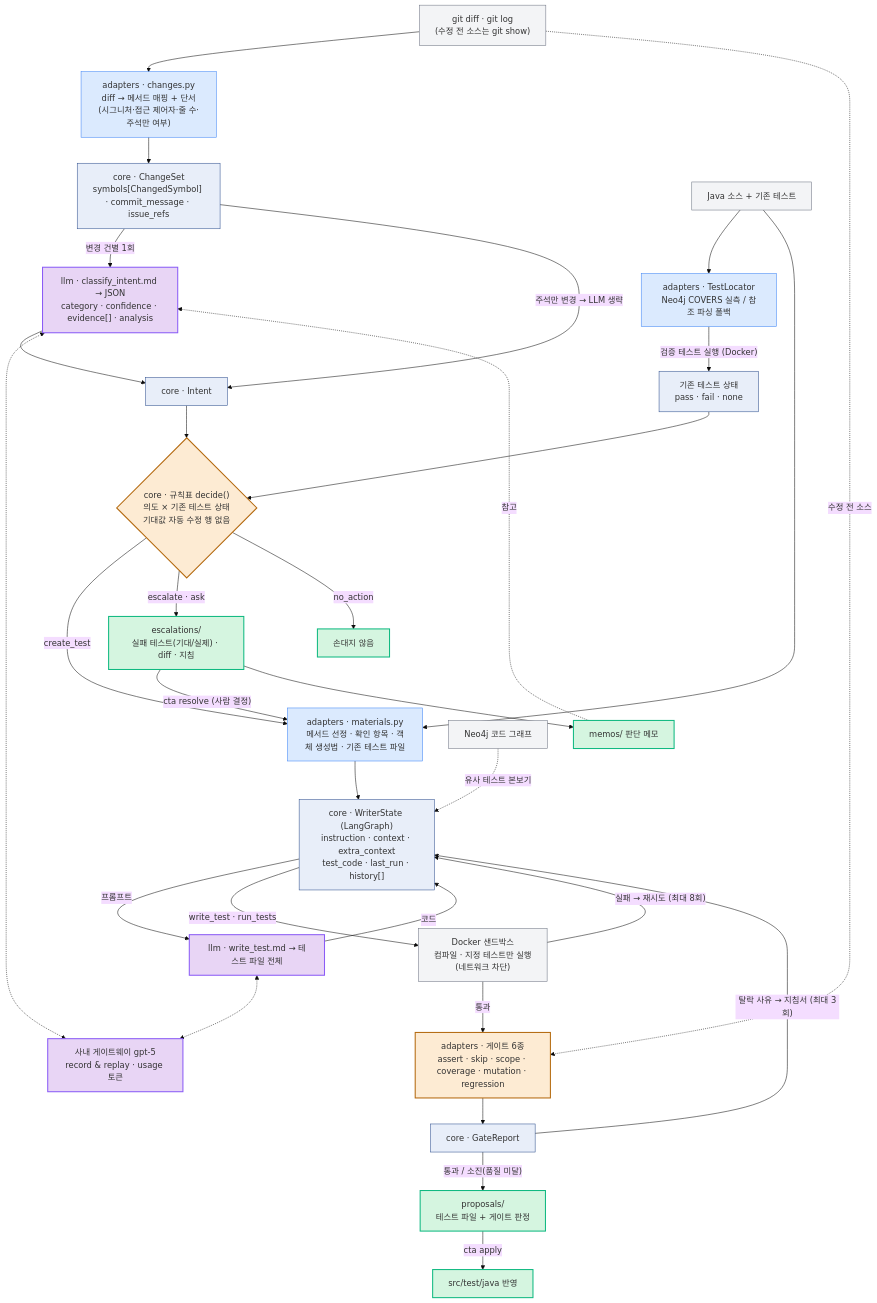
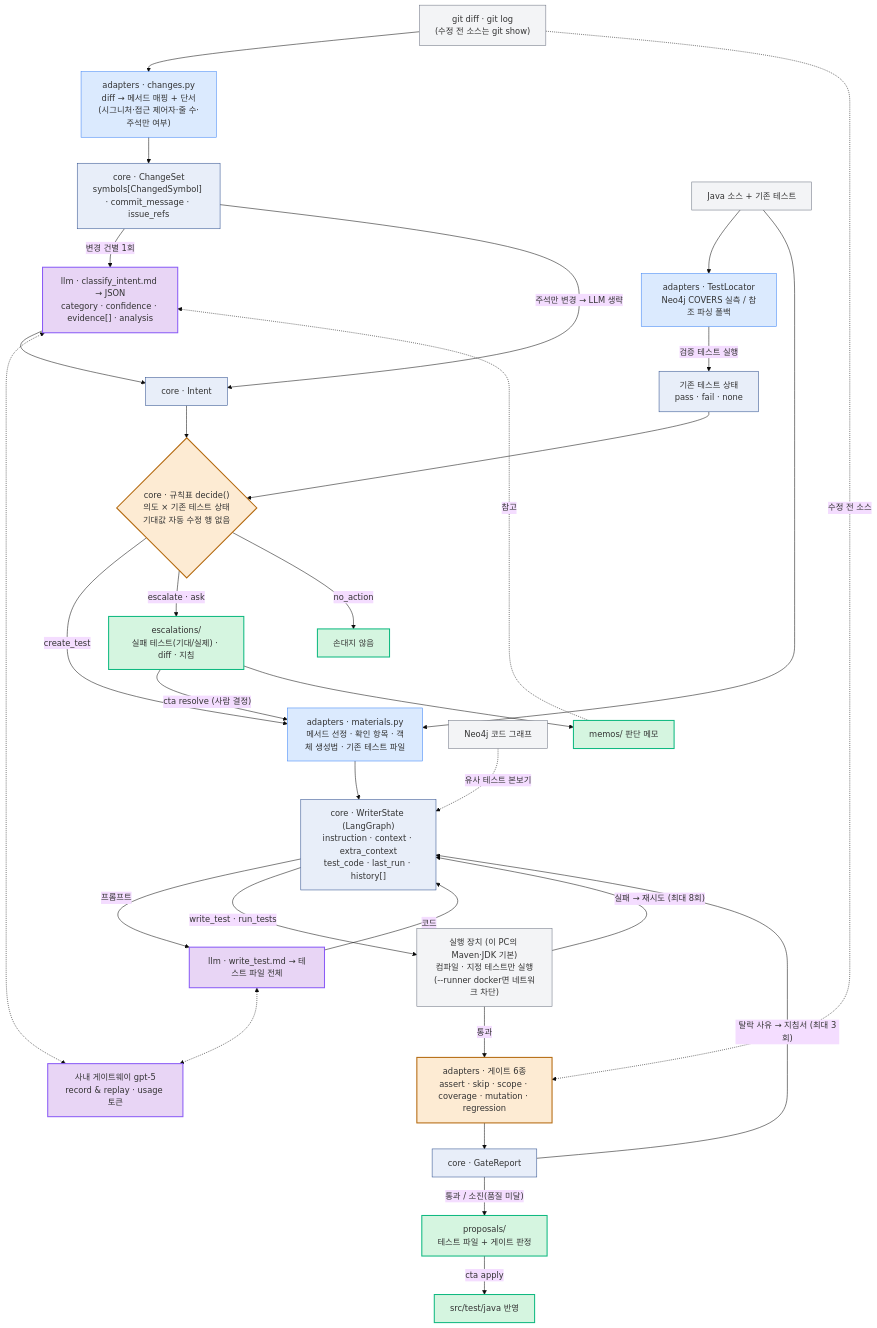
Before and after one commit to parksanghyeop/skax-master-project: the diagram in docs/제출자료/diagrams/workflow-data.mmd, drawn with Mermaid (base theme). The commit also changed 21 other files, not shown here.

First line of the commit message:
산출물·E2E 기록 — 로컬 실행 기본 반영, 최종보고에 스킬 절 추가, 다이어그램 7종 재렌더

```diff
--- a/docs/제출자료/diagrams/workflow-data.mmd
+++ b/docs/제출자료/diagrams/workflow-data.mmd
@@ -1,50 +1,50 @@
 flowchart TB
     GIT["git diff · git log<br/>(수정 전 소스는 git show)"] --> CH["adapters · changes.py<br/>diff → 메서드 매핑 + 단서<br/>(시그니처·접근 제어자·줄 수·주석만 여부)"]
     CH --> CS["core · ChangeSet<br/>symbols[ChangedSymbol] · commit_message · issue_refs"]
 
     CS -->|"변경 건별 1회"| CLS["llm · classify_intent.md → JSON<br/>category · confidence · evidence[] · analysis"]
     CS -->|"주석만 변경 → LLM 생략"| IT
     CLS --> IT["core · Intent"]
     ME["memos/ 판단 메모"] -.->|"참고"| CLS
 
     SRC["Java 소스 + 기존 테스트"] --> TL["adapters · TestLocator<br/>Neo4j COVERS 실측 / 참조 파싱 폴백"]
-    TL -->|"검증 테스트 실행 (Docker)"| ST["기존 테스트 상태<br/>pass · fail · none"]
+    TL -->|"검증 테스트 실행"| ST["기존 테스트 상태<br/>pass · fail · none"]
 
     IT --> DEC{"core · 규칙표 decide()<br/>의도 × 기존 테스트 상태<br/>기대값 자동 수정 행 없음"}
     ST --> DEC
     DEC -->|"create_test"| MAT
     DEC -->|"escalate · ask"| ES["escalations/<br/>실패 테스트(기대/실제) · diff · 지침"]
     DEC -->|"no_action"| NA["손대지 않음"]
     ES -->|"cta resolve (사람 결정)"| MAT
     ES --> ME
 
     SRC --> MAT["adapters · materials.py<br/>메서드 선정 · 확인 항목 · 객체 생성법 · 기존 테스트 파일"]
     MAT --> WS["core · WriterState (LangGraph)<br/>instruction · context · extra_context<br/>test_code · last_run · history[]"]
     NEO["Neo4j 코드 그래프"] -.->|"유사 테스트 본보기"| WS
     WS -->|"프롬프트"| GEN["llm · write_test.md → 테스트 파일 전체"]
     GEN -->|"코드"| WS
-    WS -->|"write_test · run_tests"| DK["Docker 샌드박스<br/>컴파일 · 지정 테스트만 실행<br/>(네트워크 차단)"]
+    WS -->|"write_test · run_tests"| DK["실행 장치 (이 PC의 Maven·JDK 기본)<br/>컴파일 · 지정 테스트만 실행<br/>(--runner docker면 네트워크 차단)"]
     DK -->|"실패 → 재시도 (최대 8회)"| WS
     DK -->|"통과"| GT["adapters · 게이트 6종<br/>assert · skip · scope · coverage · mutation · regression"]
     GIT -.->|"수정 전 소스"| GT
     GT --> GR["core · GateReport"]
     GR -->|"탈락 사유 → 지침서 (최대 3회)"| WS
     GR -->|"통과 / 소진(품질 미달)"| PR["proposals/<br/>테스트 파일 + 게이트 판정"]
     PR -->|"cta apply"| TREE["src/test/java 반영"]
 
     GW["사내 게이트웨이 gpt-5<br/>record & replay · usage 토큰"]
     CLS <-.-> GW
     GEN <-.-> GW
 
     classDef core fill:#e8eef9,stroke:#2b4c8c
     classDef adp fill:#dbeafe,stroke:#3b82f6
     classDef llm fill:#e8d5f5,stroke:#8b5cf6,stroke-width:2px
     classDef ext fill:#f3f4f6,stroke:#6b7280
     classDef out fill:#d5f5e0,stroke:#10b981,stroke-width:2px
     classDef safe fill:#fdebd3,stroke:#b4690e,stroke-width:2px
     class CS,IT,WS,GR,ST core
     class CH,MAT,TL adp
     class CLS,GEN,GW llm
     class GIT,SRC,NEO,DK ext
     class PR,ES,ME,TREE,NA out
     class DEC,GT safe
```
